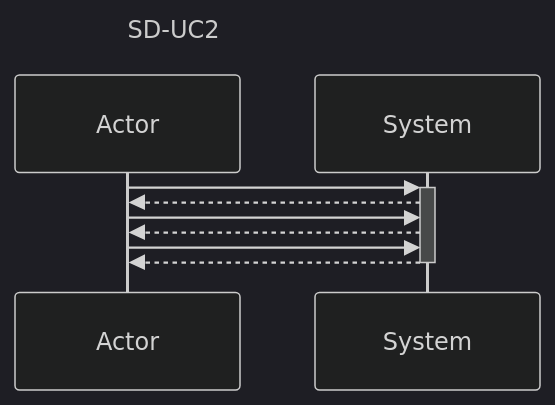
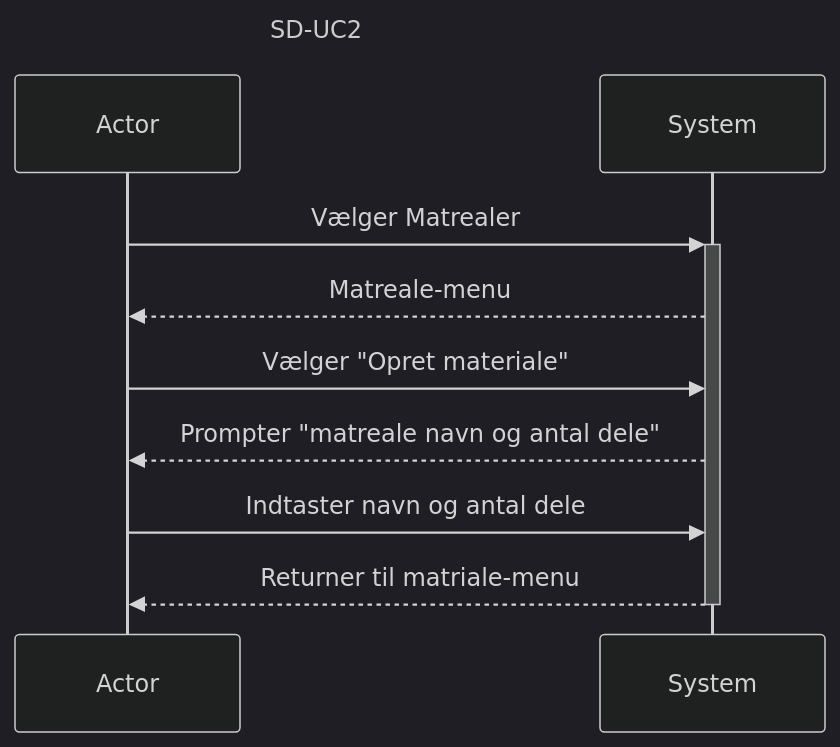
Before and after one commit to DMOoF25-Team-11-2/GettingReal: the diagram in documentation/SD-UC2.mmd, drawn with Mermaid. The commit also changed 2 other files, not shown here.

```diff
--- a/documentation/SD-UC2.mmd
+++ b/documentation/SD-UC2.mmd
@@ -1,17 +1,19 @@
 ---
 config:
   theme: dark
   look: classic
   layout: dagre
 title: SD-UC2
 description: |
+    Brugeren opretter et materiale med navn og antal komponenter/dele
+    som gemmes i systemet. 
 ---
 sequenceDiagram
     participant User as Actor
     participant System
-    User->>+System: 
-    System-->>User: 
-    User->>System: 
-    System-->>User: 
-    User->>System: 
-    System-->>-User: 
+    User->>+System: Vælger Matrealer
+    System-->>User: Matreale-menu
+    User->>System: Vælger "Opret materiale"
+    System-->>User: Prompter "matreale navn og antal dele"
+    User->>System: Indtaster navn og antal dele
+    System-->>-User: Returner til matriale-menu
```
